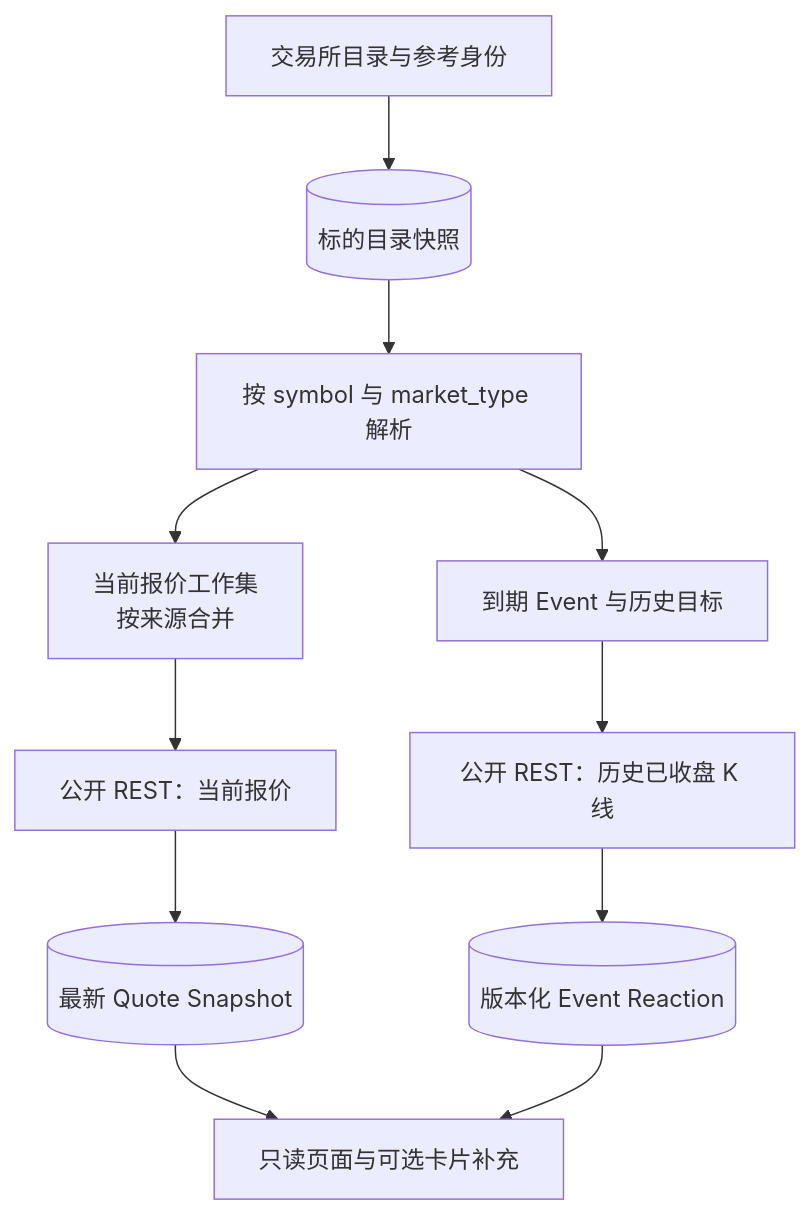
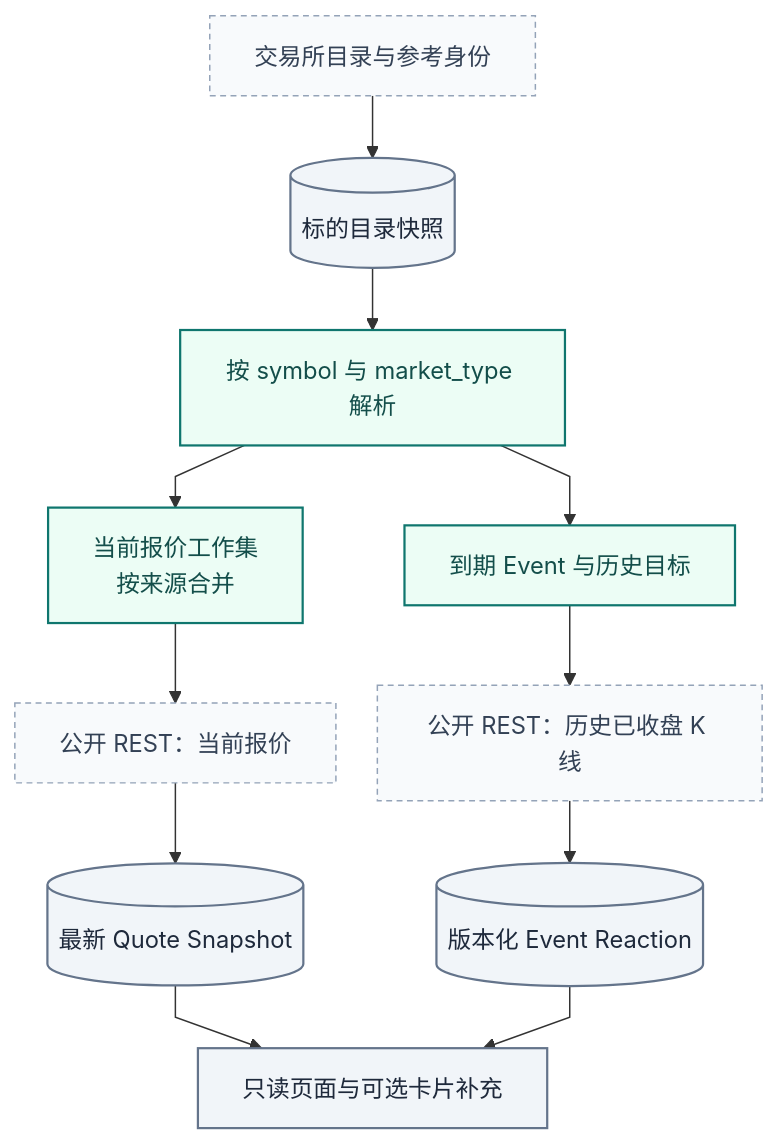
Before and after one commit to AnalyThothAI/tracefold: the first of 2 diagrams in docs/modules/market-review.md, drawn with Mermaid. The commit also changed other lines of this file and 19 other files, not shown here.

Commit message:
docs: unify Chinese handbook design and architecture diagrams

````diff
--- a/docs/modules/market-review.md
+++ b/docs/modules/market-review.md
@@ -30,13 +47,32 @@
 ```mermaid
+---
+config:
+  fontFamily: "system-ui, Noto Sans CJK SC, Microsoft YaHei, WenQuanYi Zen Hei, sans-serif"
+  flowchart:
+    curve: linear
+    nodeSpacing: 28
+    rankSpacing: 42
+---
 flowchart TB
+    accTitle: 目录、报价与价格反应
+    accDescr: 类型化目录分别解析当前报价工作集和到期历史目标；当前 REST 报价形成最新快照，历史已收盘 K 线形成版本化 Event Reaction。
     Catalog["交易所目录与参考身份"] --> Instruments[("标的目录快照")]
     Instruments --> Resolve["按 symbol 与 market_type 解析"]
     Resolve --> QPlan["当前报价工作集<br/>按来源合并"]
     Resolve --> RPlan["到期 Event 与历史目标"]
     QPlan --> Public["公开 REST：当前报价"]
     RPlan --> History["公开 REST：历史已收盘 K 线"]
     Public --> Quotes[("最新 Quote Snapshot")]
     History --> Reaction[("版本化 Event Reaction")]
     Quotes --> UI["只读页面与可选卡片补充"]
     Reaction --> UI
+
+    classDef news fill:#ecfdf5,stroke:#0f766e,color:#134e4a,stroke-width:1.5px
+    classDef research fill:#eef2ff,stroke:#6366f1,color:#312e81,stroke-width:1.5px
+    classDef execution fill:#fff7ed,stroke:#c2410c,color:#7c2d12,stroke-width:1.5px
+    classDef store fill:#f1f5f9,stroke:#64748b,color:#1e293b,stroke-width:1.5px
+    classDef external fill:#f8fafc,stroke:#94a3b8,color:#334155,stroke-dasharray:4 3
+class Catalog,Public,History external;
+class Instruments,Quotes,Reaction,UI store;
+class Resolve,QPlan,RPlan news;
 ```
````
